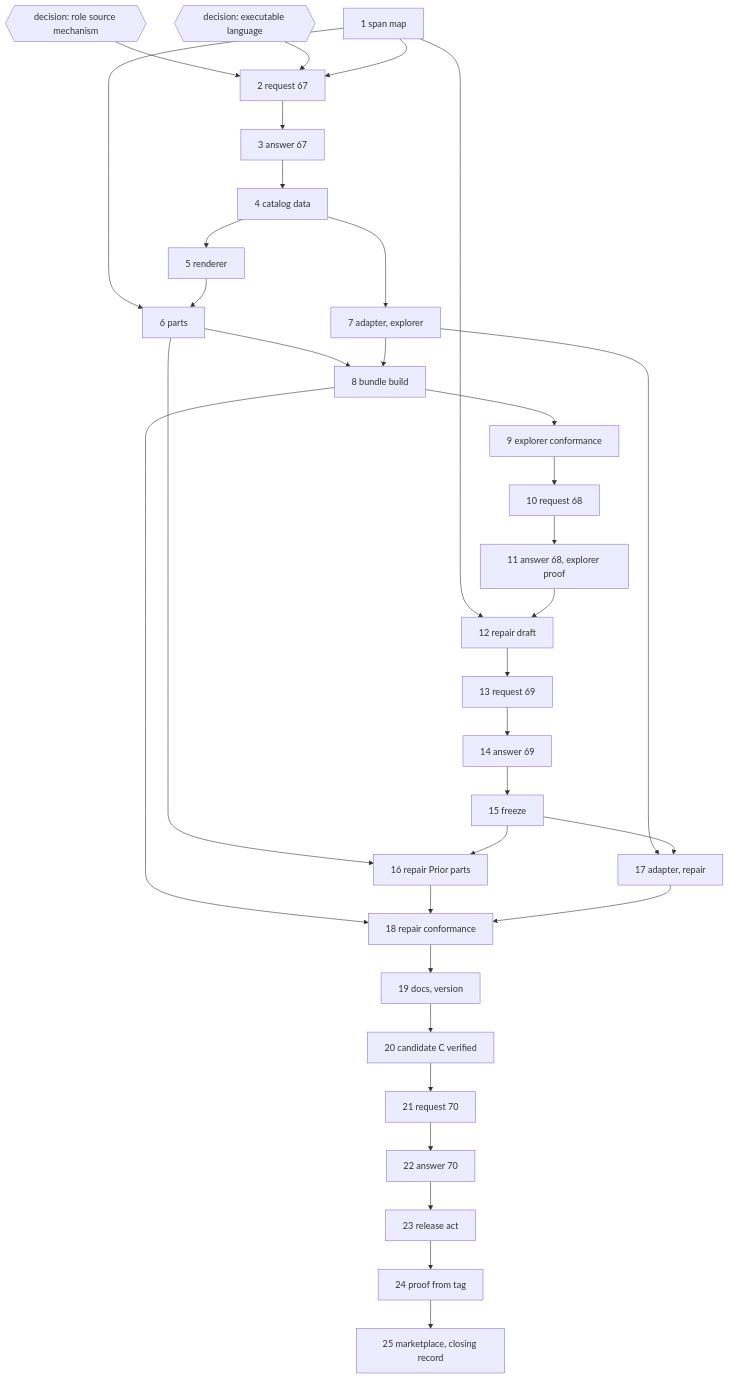
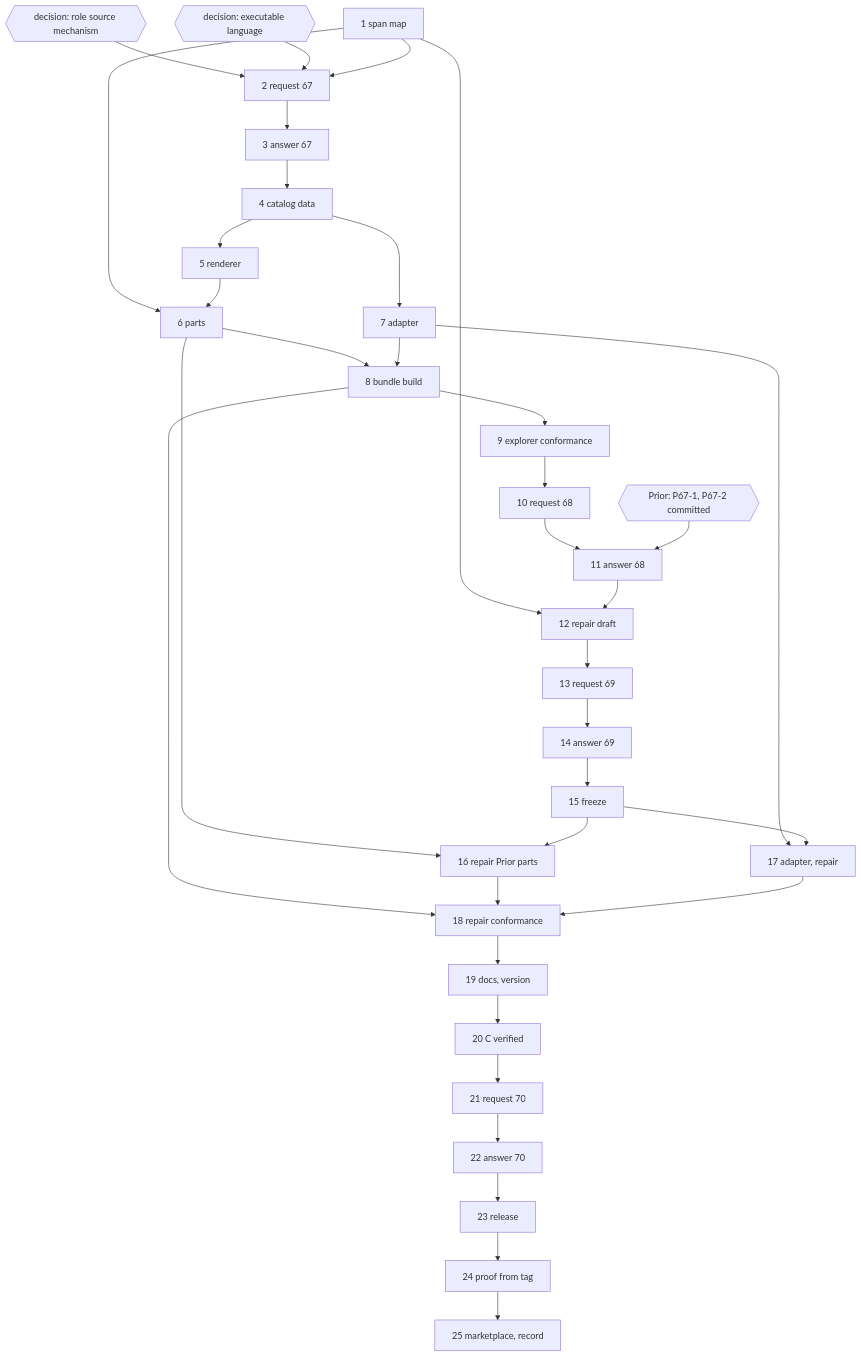
Before and after one commit to tenzoki/fusion: the second of 2 diagrams in fusion-workbench/work-packages/261008-1215-fusion-as-an-external-prior-module-bundle/plans/261010-1235-plan-fusion-prior-module-bundle-explorer-then-four-role-repair.md, drawn with Mermaid. The commit also changed other lines of this file and 3 other files, not shown here.

First line of the commit message:
docs(workbench): the Prior bundle plan revised to Prior's answer 67, approved

````diff
--- a/fusion-workbench/work-packages/261008-1215-fusion-as-an-external-prior-module-bundle/plans/261010-1235-plan-fusion-prior-module-bundle-explorer-then-four-role-repair.md
+++ b/fusion-workbench/work-packages/261008-1215-fusion-as-an-external-prior-module-bundle/plans/261010-1235-plan-fusion-prior-module-bundle-explorer-then-four-role-repair.md
@@ -255,36 +245,37 @@
 ```mermaid
 flowchart TD
   D1{{"decision: role source mechanism"}} --> S2
   D2{{"decision: executable language"}} --> S2
   S1["1 span map"] --> S2["2 request 67"]
   S2 --> S3["3 answer 67"]
   S3 --> S4["4 catalog data"]
   S4 --> S5["5 renderer"]
   S1 --> S6["6 parts"]
   S5 --> S6
-  S4 --> S7["7 adapter, explorer"]
+  S4 --> S7["7 adapter"]
   S6 --> S8["8 bundle build"]
   S7 --> S8
   S8 --> S9["9 explorer conformance"]
   S9 --> S10["10 request 68"]
-  S10 --> S11["11 answer 68, explorer proof"]
+  S10 --> S11["11 answer 68"]
+  P67{{"Prior: P67-1, P67-2 committed"}} --> S11
   S1 --> S12["12 repair draft"]
   S11 --> S12
   S12 --> S13["13 request 69"]
   S13 --> S14["14 answer 69"]
   S14 --> S15["15 freeze"]
   S6 --> S16["16 repair Prior parts"]
   S15 --> S16
   S7 --> S17["17 adapter, repair"]
   S15 --> S17
   S8 --> S18["18 repair conformance"]
   S16 --> S18
   S17 --> S18
   S18 --> S19["19 docs, version"]
-  S19 --> S20["20 candidate C verified"]
+  S19 --> S20["20 C verified"]
   S20 --> S21["21 request 70"]
   S21 --> S22["22 answer 70"]
-  S22 --> S23["23 release act"]
+  S22 --> S23["23 release"]
   S23 --> S24["24 proof from tag"]
-  S24 --> S25["25 marketplace, closing record"]
+  S24 --> S25["25 marketplace, record"]
 ```
````
